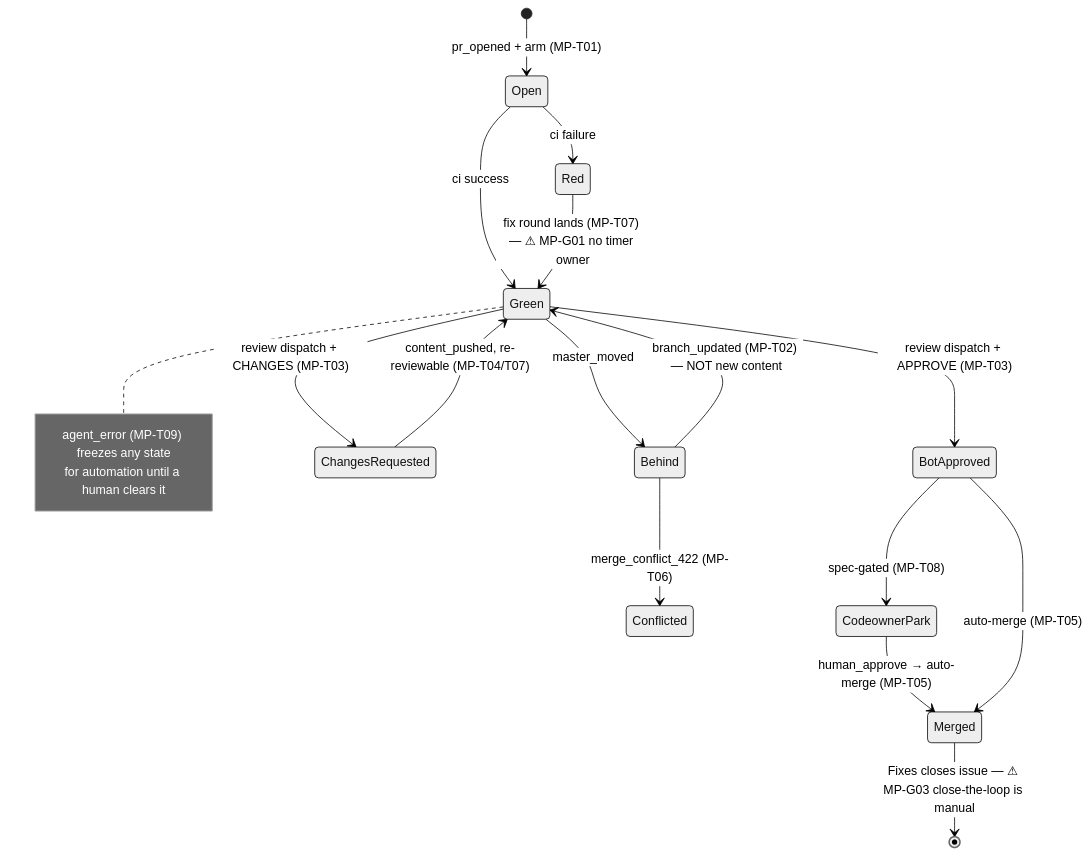
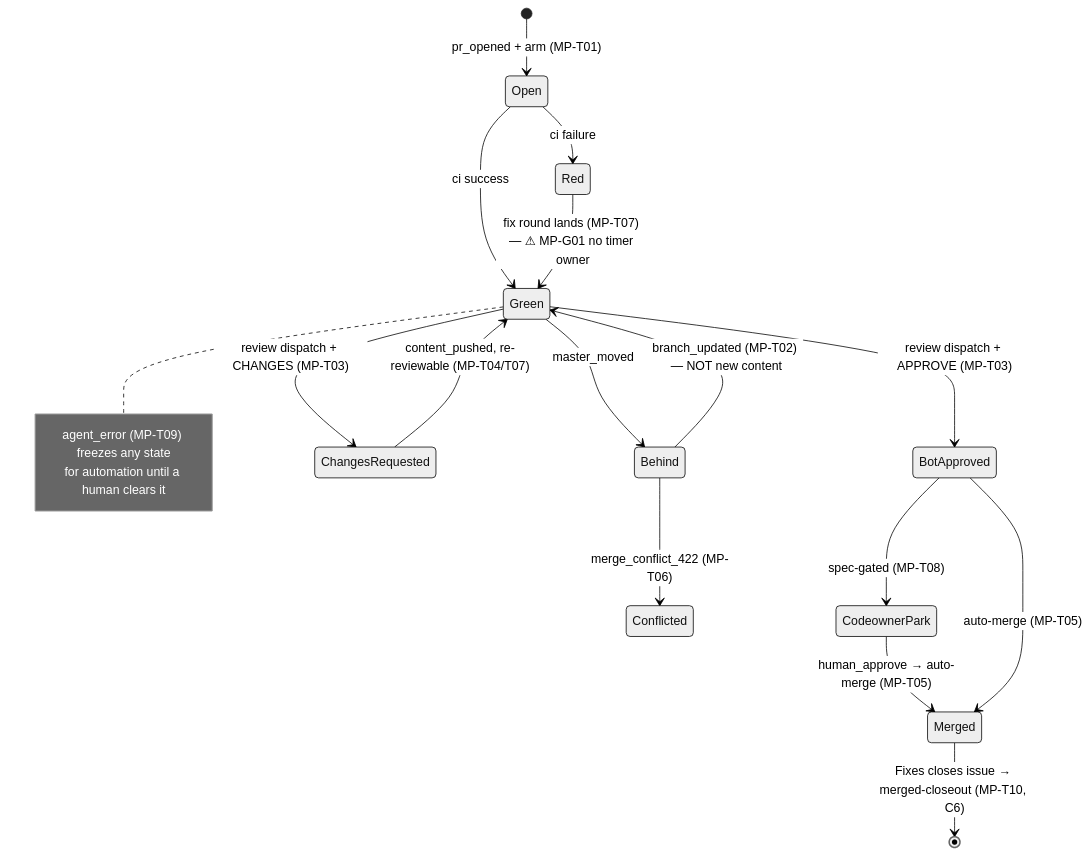
Before and after one commit to teststuffstash/homelab: the diagram in docs/agents/merge-path-fsm.md, drawn with Mermaid (neutral theme). The commit also changed 7 other files, not shown here.

````diff
--- a/docs/agents/merge-path-fsm.md
+++ b/docs/agents/merge-path-fsm.md
@@ -9,21 +9,21 @@
 ```mermaid
 stateDiagram-v2
     [*] --> Open: pr_opened + arm (MP-T01)
     Open --> Green: ci success
     Open --> Red: ci failure
     Red --> Green: fix round lands (MP-T07) — ⚠ MP-G01 no timer owner
     Green --> Behind: master_moved
     Behind --> Green: branch_updated (MP-T02) — NOT new content
     Behind --> Conflicted: merge_conflict_422 (MP-T06)
     Green --> BotApproved: review dispatch + APPROVE (MP-T03)
     Green --> ChangesRequested: review dispatch + CHANGES (MP-T03)
     ChangesRequested --> Green: content_pushed, re-reviewable (MP-T04/T07)
     BotApproved --> CodeownerPark: spec-gated (MP-T08)
     CodeownerPark --> Merged: human_approve → auto-merge (MP-T05)
     BotApproved --> Merged: auto-merge (MP-T05)
-    Merged --> [*]: Fixes closes issue — ⚠ MP-G03 close-the-loop is manual
+    Merged --> [*]: Fixes closes issue → merged-closeout (MP-T10, C6)
     note right of Green
         agent_error (MP-T09) freezes any state
         for automation until a human clears it
     end note
 ```
````
